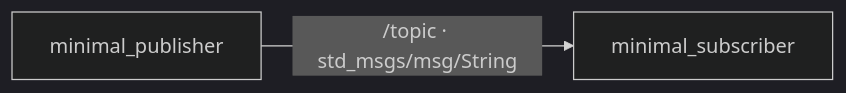
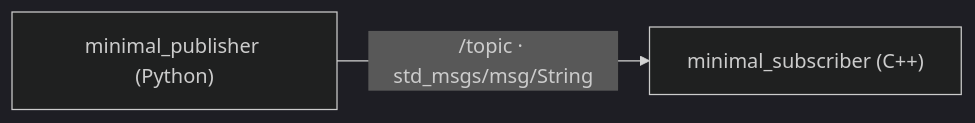
The third of 3 diagrams in 01_ROS_Grundlagen/01_ROS_Grundlagen.md (TUBAF-IfI-LiaScript/VL_SoftwareprojektRobotik), drawn with Mermaid (dark theme) before and after one commit. The commit also changed other lines of this file and 4 other files, not shown here.

Commit message:
VL 01: Folien gekürzt, Erklärungen in Sprechertexte; Publisher in Python, Subscriber in C++

````diff
--- a/01_ROS_Grundlagen/01_ROS_Grundlagen.md
+++ b/01_ROS_Grundlagen/01_ROS_Grundlagen.md
@@ -367,4 +384,4 @@
 ```mermaid @mermaid
 graph LR
-    P["minimal_publisher"] -- "/topic · std_msgs/msg/String" --> S["minimal_subscriber"]
+    P["minimal_publisher (Python)"] -- "/topic · std_msgs/msg/String" --> S["minimal_subscriber (C++)"]
 ```
````
